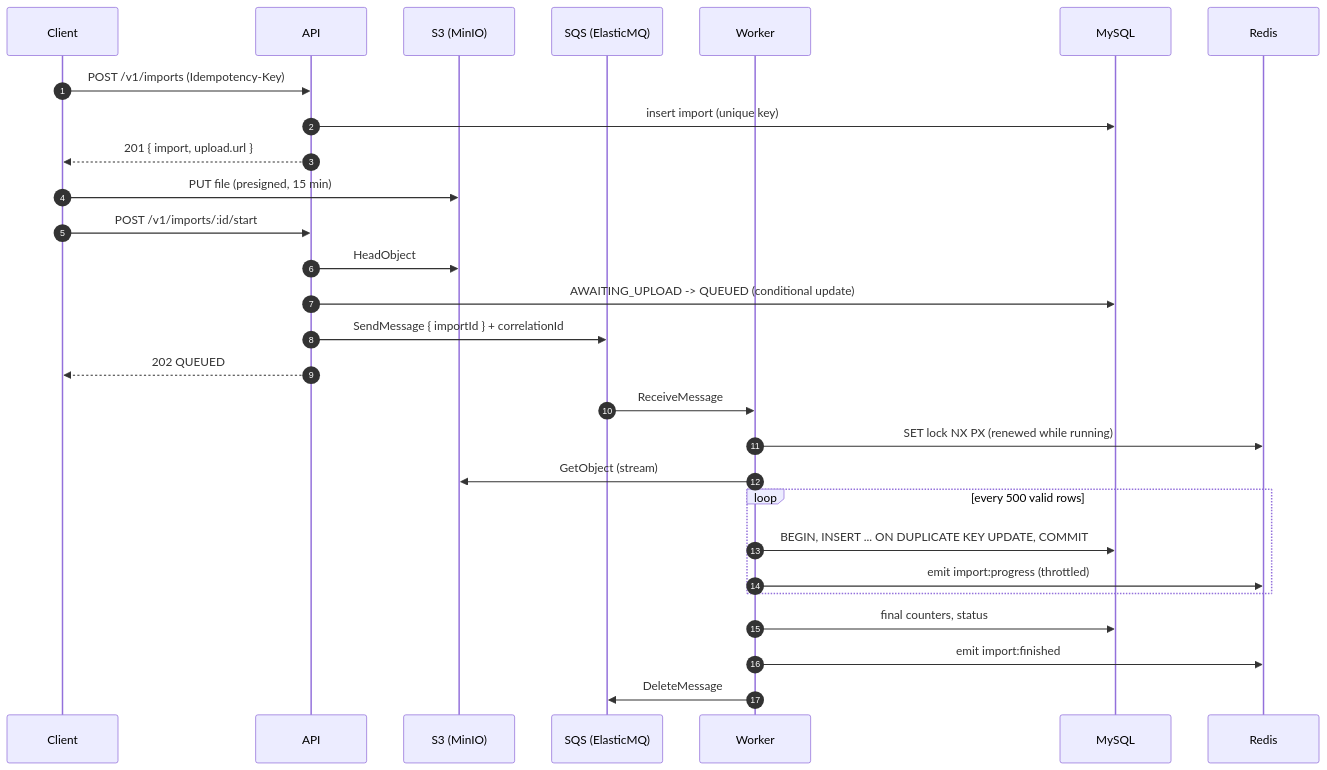
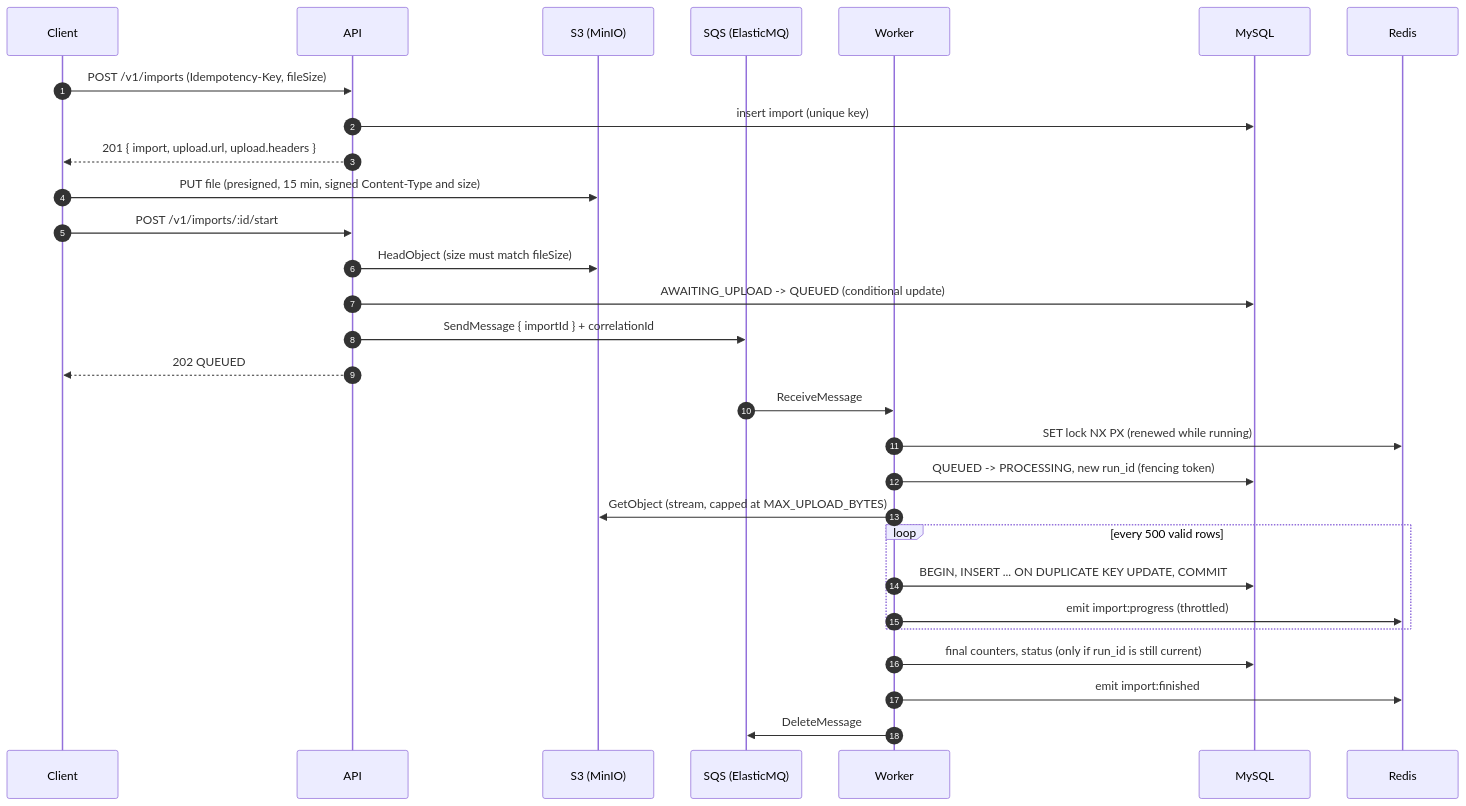
One commit to vinihellmann/bulk-import-pipeline changed the third of 3 diagrams in README.md. Above: the diagram before and after it, drawn with Mermaid. The commit also changed other lines of this file, not shown here.

````diff
--- a/README.md
+++ b/README.md
@@ -86,31 +96,32 @@
 ```mermaid
 sequenceDiagram
     autonumber
     participant C as Client
     participant A as API
     participant S as S3 (MinIO)
     participant Q as SQS (ElasticMQ)
     participant W as Worker
     participant D as MySQL
     participant R as Redis
 
-    C->>A: POST /v1/imports (Idempotency-Key)
+    C->>A: POST /v1/imports (Idempotency-Key, fileSize)
     A->>D: insert import (unique key)
-    A-->>C: 201 { import, upload.url }
-    C->>S: PUT file (presigned, 15 min)
+    A-->>C: 201 { import, upload.url, upload.headers }
+    C->>S: PUT file (presigned, 15 min, signed Content-Type and size)
     C->>A: POST /v1/imports/:id/start
-    A->>S: HeadObject
+    A->>S: HeadObject (size must match fileSize)
     A->>D: AWAITING_UPLOAD -> QUEUED (conditional update)
     A->>Q: SendMessage { importId } + correlationId
     A-->>C: 202 QUEUED
     Q->>W: ReceiveMessage
     W->>R: SET lock NX PX (renewed while running)
-    W->>S: GetObject (stream)
+    W->>D: QUEUED -> PROCESSING, new run_id (fencing token)
+    W->>S: GetObject (stream, capped at MAX_UPLOAD_BYTES)
     loop every 500 valid rows
         W->>D: BEGIN, INSERT ... ON DUPLICATE KEY UPDATE, COMMIT
         W->>R: emit import:progress (throttled)
     end
-    W->>D: final counters, status
+    W->>D: final counters, status (only if run_id is still current)
     W->>R: emit import:finished
     W->>Q: DeleteMessage
 ```
````
